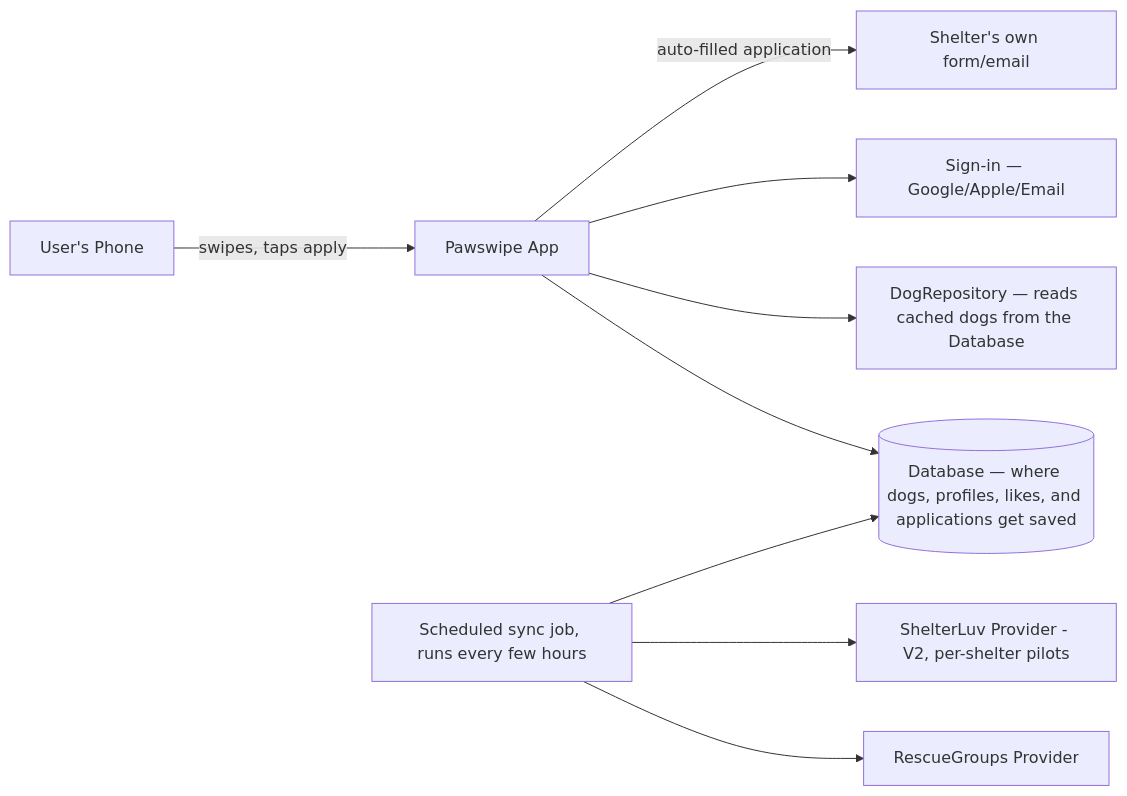
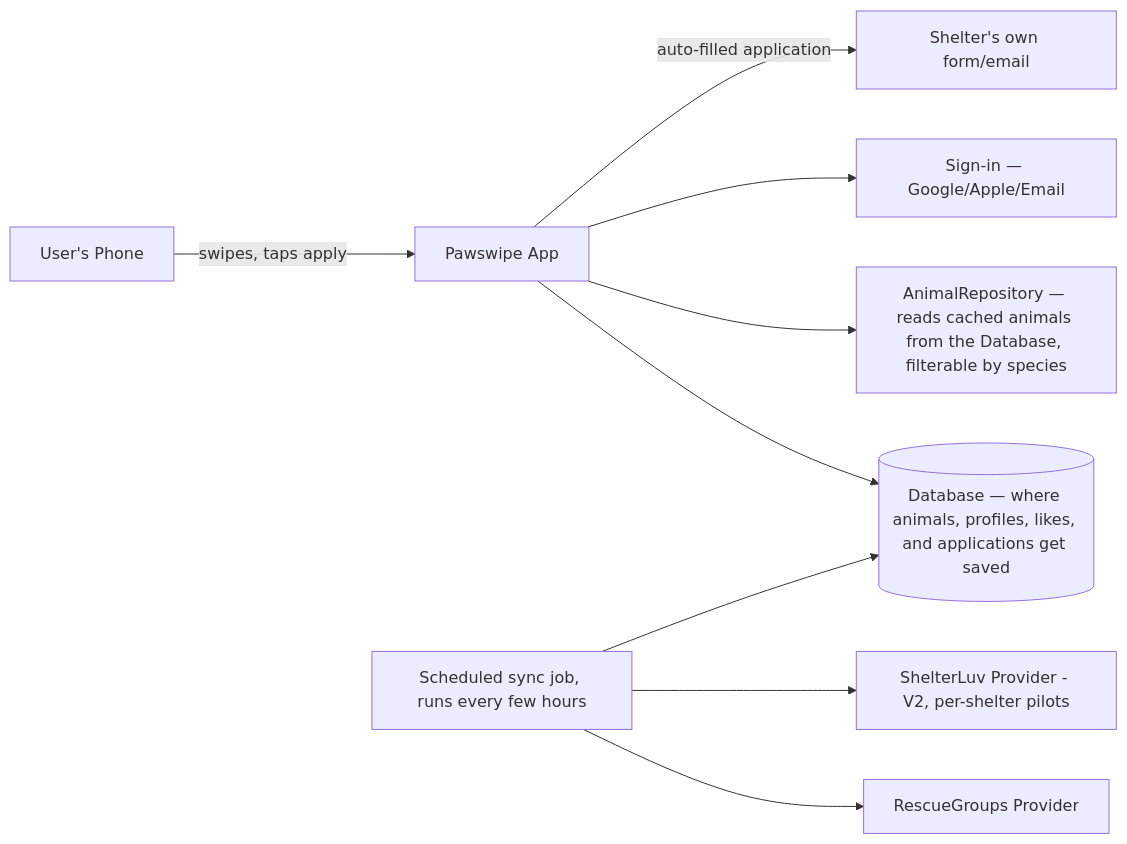
The fourth of 5 diagrams in docs/PLAN.md (alexyung14-afk/pawswipe), drawn with Mermaid before and after one commit. The commit also changed other lines of this file and 17 other files, not shown here.

First line of the commit message:
Generalize from dogs-only to dogs/cats/other, with a Species filter

````diff
--- a/docs/PLAN.md
+++ b/docs/PLAN.md
@@ -94,11 +95,11 @@
 ```mermaid
 flowchart LR
     U[User's Phone] -->|swipes, taps apply| App[Pawswipe App]
-    App --> DB[(Database — where dogs, profiles, likes, and applications get saved)]
-    App --> Repo[DogRepository — reads cached dogs from the Database]
+    App --> DB[(Database — where animals, profiles, likes, and applications get saved)]
+    App --> Repo[AnimalRepository — reads cached animals from the Database, filterable by species]
     Sync[Scheduled sync job, runs every few hours] --> RG[RescueGroups Provider]
     Sync --> SL[ShelterLuv Provider - V2, per-shelter pilots]
     Sync --> DB
     App --> Auth[Sign-in — Google/Apple/Email]
     App -->|auto-filled application| Shelter[Shelter's own form/email]
 ```
````
